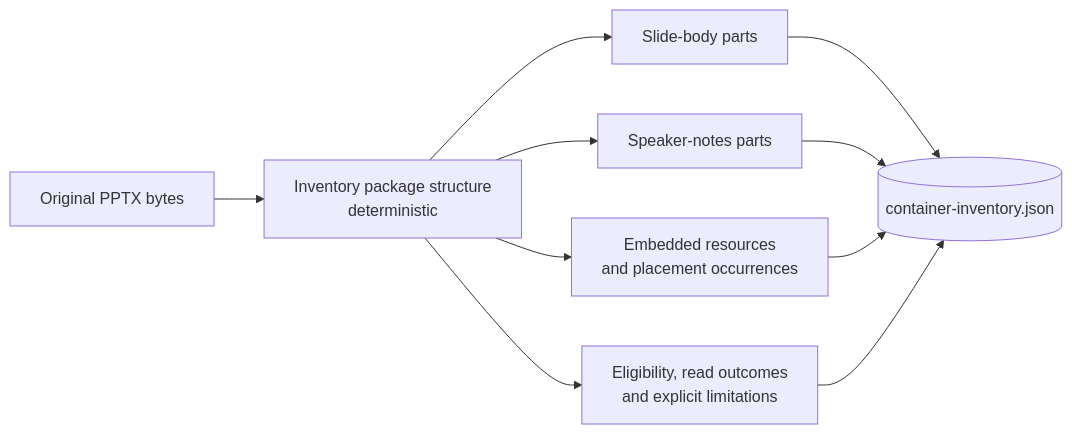
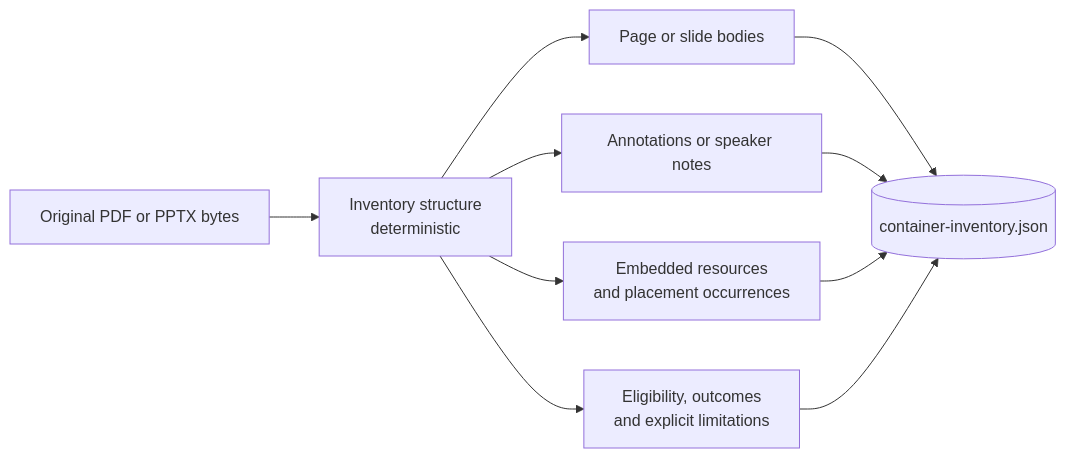
Before and after one commit to WillHirsch/yizkr: the fourth of 11 diagrams in docs/ARCHITECTURE.md, drawn with Mermaid. The commit also changed other lines of this file and 15 other files, not shown here.

Commit message:
Inventory PDF source parts before reading selection

````diff
--- a/docs/ARCHITECTURE.md
+++ b/docs/ARCHITECTURE.md
@@ -83,12 +83,12 @@
 ```mermaid
 flowchart LR
-    original["Original PPTX bytes"] --> parse["Inventory package structure<br/>deterministic"]
-    parse --> body["Slide-body parts"]
-    parse --> notes["Speaker-notes parts"]
+    original["Original PDF or PPTX bytes"] --> parse["Inventory structure<br/>deterministic"]
+    parse --> body["Page or slide bodies"]
+    parse --> notes["Annotations or speaker notes"]
     parse --> placements["Embedded resources<br/>and placement occurrences"]
-    parse --> limits["Eligibility, read outcomes<br/>and explicit limitations"]
+    parse --> limits["Eligibility, outcomes<br/>and explicit limitations"]
     body --> inventory[("container-inventory.json")]
     notes --> inventory
     placements --> inventory
     limits --> inventory
 ```
````
